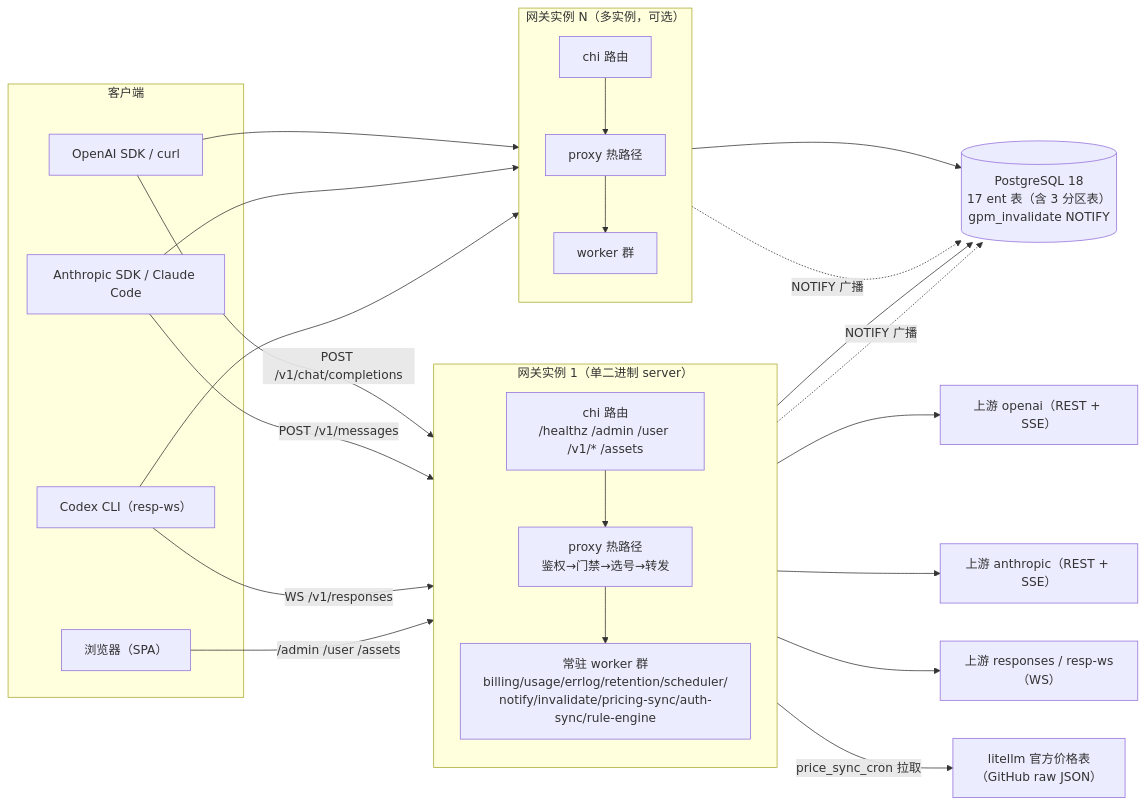
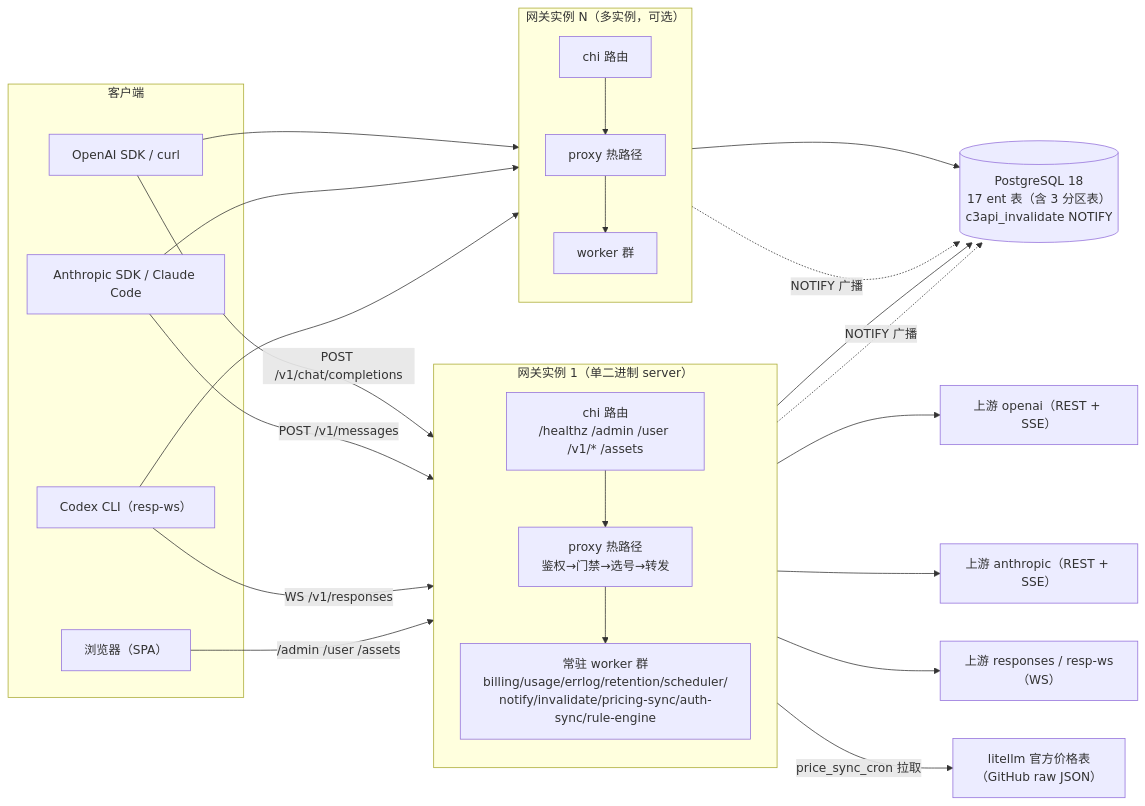
One commit to baimao5299-ship-it/c4 changed the first of 3 diagrams in docs/architecture-topology.md. Above: the diagram before and after it, drawn with Mermaid. The commit also changed other lines of this file and 453 other files, not shown here.

Commit message:
refactor: go-proxy-mini → github.com/is7qin/c3api 全范围改名（spec 终态 PASS——module + 848 import + 变体全改 C3API_/c3api_*/c3api-* + README 重写中英双版 + LICENSE 双许可 AGPL+商业落地；验证：build/vet/test -race/web 全绿 + gpm 变体零残留）

````diff
--- a/docs/architecture-topology.md
+++ b/docs/architecture-topology.md
@@ -10,47 +10,47 @@
 ```mermaid
 flowchart LR
     subgraph Client["客户端"]
         C1["OpenAI SDK / curl"]
         C2["Anthropic SDK / Claude Code"]
         C3["Codex CLI（resp-ws）"]
         W1["浏览器（SPA）"]
     end
 
     subgraph G1["网关实例 1（单二进制 server）"]
         direction TB
         S["chi 路由<br/>/healthz /admin /user /v1/* /assets"]
         PX["proxy 热路径<br/>鉴权→门禁→选号→转发"]
         WH["常驻 worker 群<br/>billing/usage/errlog/retention/scheduler/<br/>notify/invalidate/pricing-sync/auth-sync/rule-engine"]
     end
 
     subgraph G2["网关实例 N（多实例，可选）"]
         direction TB
         S2["chi 路由"]
         PX2["proxy 热路径"]
         WH2["worker 群"]
     end
 
-    PG[("PostgreSQL 18<br/>17 ent 表（含 3 分区表）<br/>gpm_invalidate NOTIFY")]
+    PG[("PostgreSQL 18<br/>17 ent 表（含 3 分区表）<br/>c3api_invalidate NOTIFY")]
     UP1["上游 openai（REST + SSE）"]
     UP2["上游 anthropic（REST + SSE）"]
     UP3["上游 responses / resp-ws（WS）"]
     LLM["litellm 官方价格表<br/>（GitHub raw JSON）"]
 
     C1 -->|"POST /v1/chat/completions"| S
     C2 -->|"POST /v1/messages"| S
     C3 -->|"WS /v1/responses"| S
     W1 -->|"/admin /user /assets"| S
     C1 --> S2
     C2 --> S2
     C3 --> S2
     S --> PX
     S2 --> PX2
     PX --> UP1 & UP2 & UP3
     PX --> WH
     PX2 --> WH2
     WH --> PG
     WH2 --> PG
     G1 -.NOTIFY 广播.-> PG
     G2 -.NOTIFY 广播.-> PG
     WH -->|"price_sync_cron 拉取"| LLM
 ```
````
